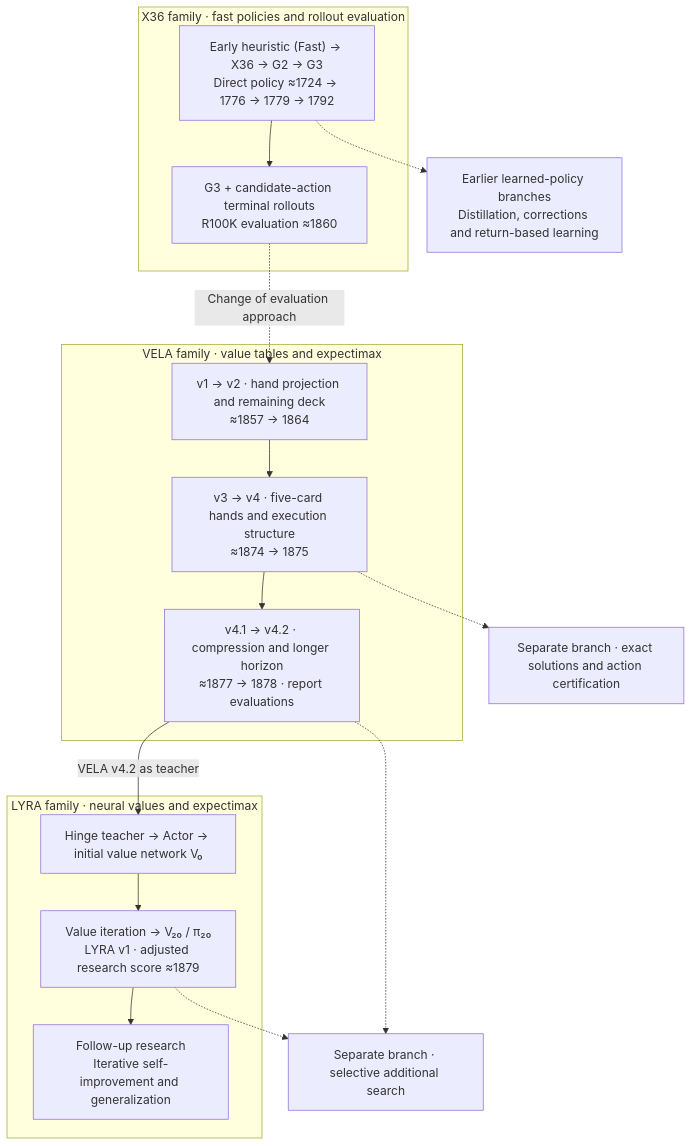
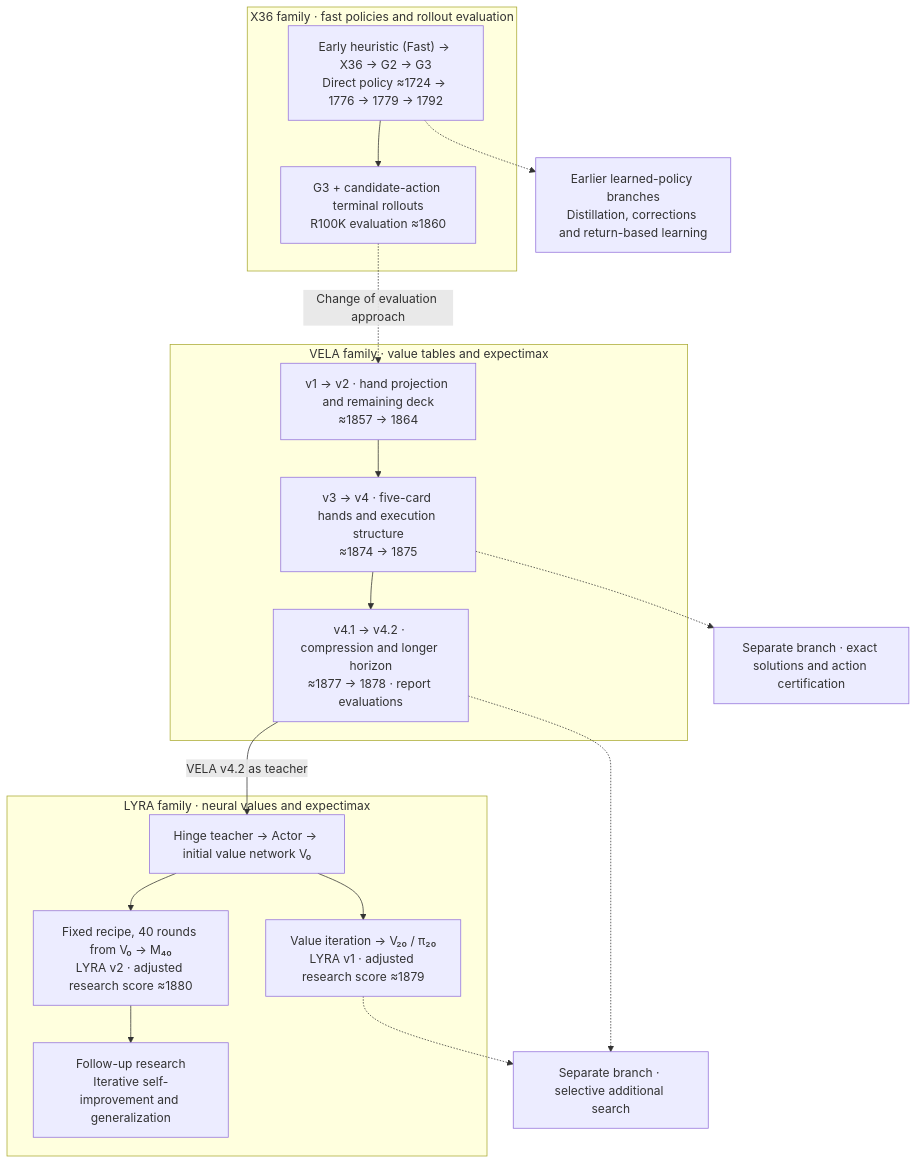
Before and after one commit to alfm201/adventure: the diagram in research/README.md, drawn with Mermaid. The commit also changed other lines of this file and 26 other files, not shown here.

````diff
--- a/research/README.md
+++ b/research/README.md
@@ -21,26 +21,28 @@
 ```mermaid
 flowchart TD
     subgraph X["X36 family · fast policies and rollout evaluation"]
         X0["Early heuristic (Fast) → X36 → G2 → G3<br/>Direct policy ≈1724 → 1776 → 1779 → 1792"]
         X1["G3 + candidate-action terminal rollouts<br/>R100K evaluation ≈1860"]
         X0 --> X1
     end
     subgraph V["VELA family · value tables and expectimax"]
         V1["v1 → v2 · hand projection and remaining deck<br/>≈1857 → 1864"]
         V2["v3 → v4 · five-card hands and execution structure<br/>≈1874 → 1875"]
         V3["v4.1 → v4.2 · compression and longer horizon<br/>≈1877 → 1878 · report evaluations"]
         V1 --> V2 --> V3
     end
     subgraph L["LYRA family · neural values and expectimax"]
         L0["Hinge teacher → Actor → initial value network V₀"]
         L1["Value iteration → V₂₀ / π₂₀<br/>LYRA v1 · adjusted research score ≈1879"]
+        L3["Fixed recipe, 40 rounds from V₀ → M₄₀<br/>LYRA v2 · adjusted research score ≈1880"]
         L2["Follow-up research<br/>Iterative self-improvement and generalization"]
-        L0 --> L1 --> L2
+        L0 --> L1
+        L0 --> L3 --> L2
     end
     X1 -. "Change of evaluation approach" .-> V1
     X0 -.-> N["Earlier learned-policy branches<br/>Distillation, corrections and return-based learning"]
     V3 -->|"VELA v4.2 as teacher"| L0
     V2 -.-> E["Separate branch · exact solutions and action certification"]
     V3 -.-> S["Separate branch · selective additional search"]
     L1 -.-> S
 ```
````
